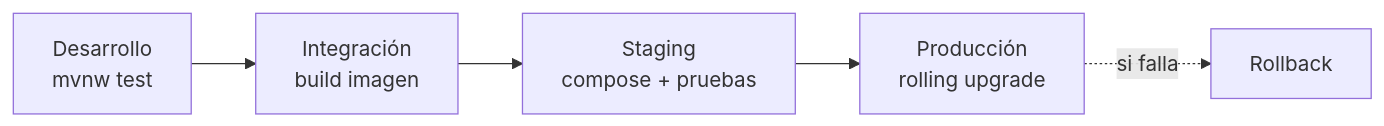
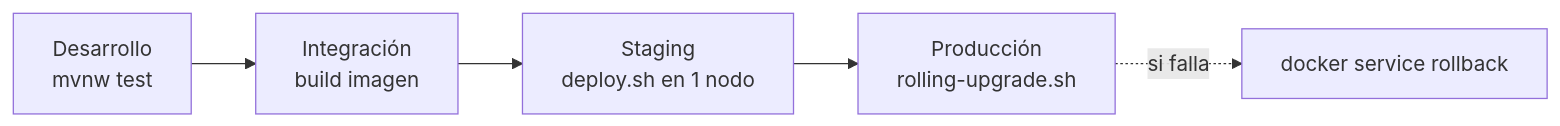
Before and after one commit to andreMD287/Taller1-ArquiSW: the eighth of 8 diagrams in backend/docs/documentacion-arquitectura.md, drawn with Mermaid. The commit also changed other lines of this file and 2 other files, not shown here.

````diff
--- a/backend/docs/documentacion-arquitectura.md
+++ b/backend/docs/documentacion-arquitectura.md
@@ -615,7 +857,7 @@
 ```mermaid
 graph LR
     DEV[Desarrollo<br/>mvnw test] --> INT[Integración<br/>build imagen]
-    INT --> STG[Staging<br/>compose + pruebas]
-    STG --> PRD[Producción<br/>rolling upgrade]
-    PRD -.->|si falla| RB[Rollback]
+    INT --> STG[Staging<br/>deploy.sh en 1 nodo]
+    STG --> PRD[Producción<br/>rolling-upgrade.sh]
+    PRD -.->|si falla| RB[docker service rollback]
 ```
````
